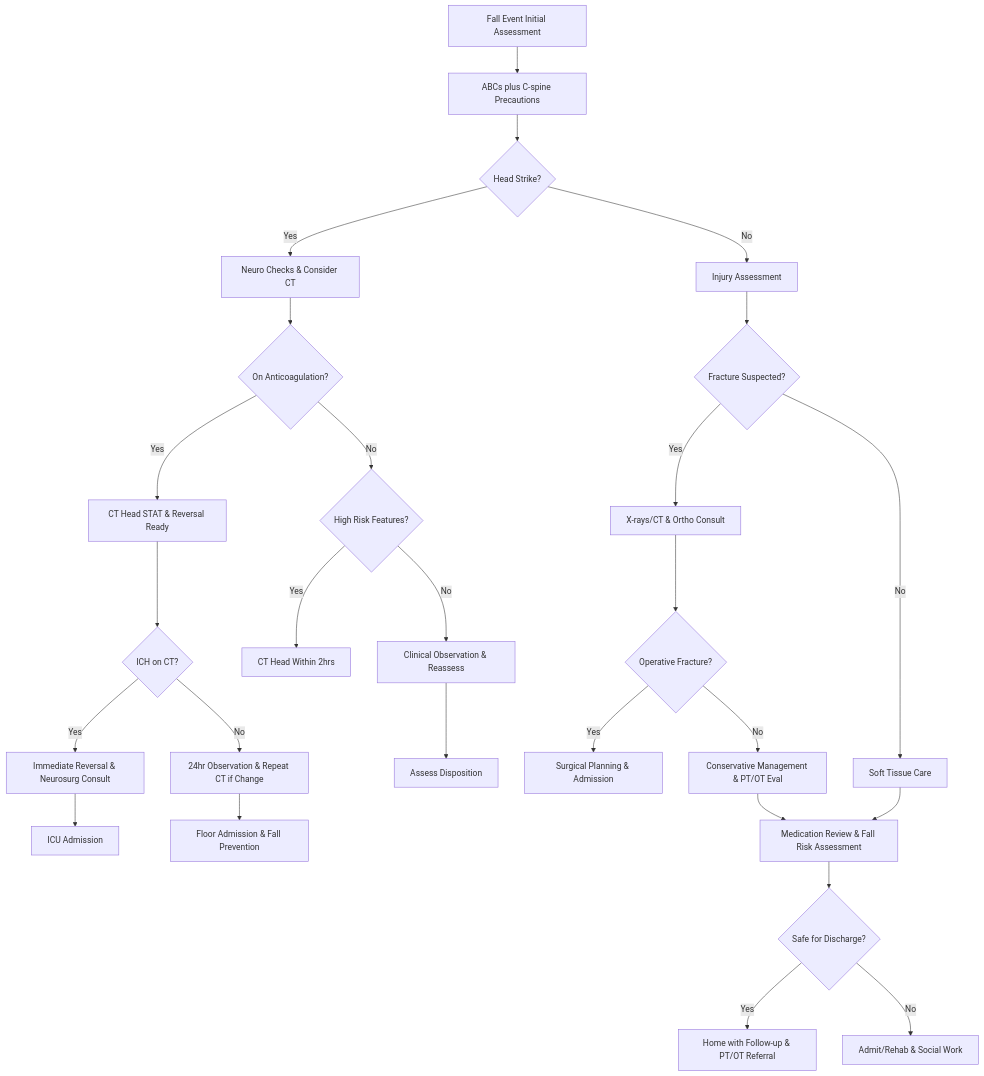
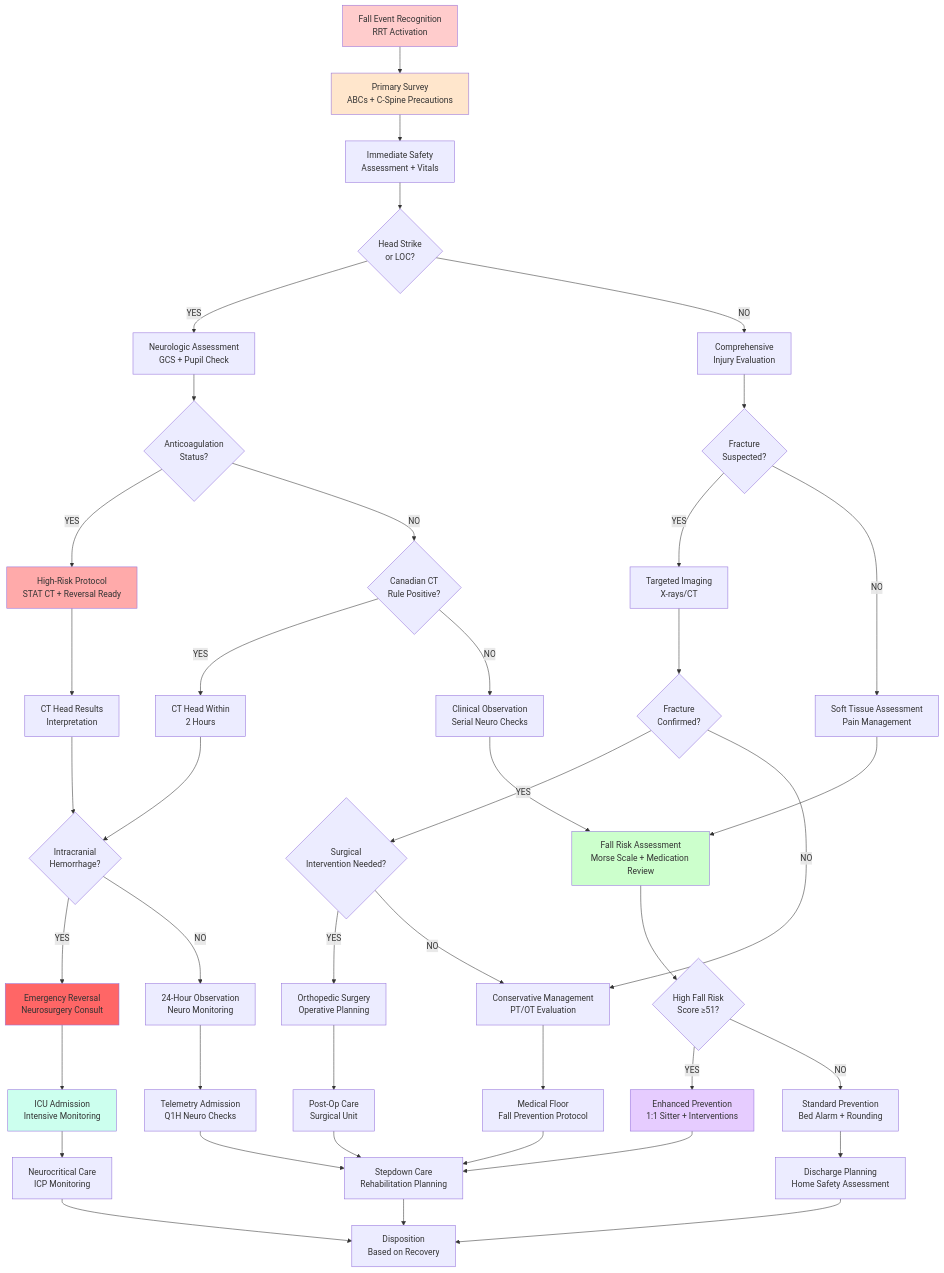
The diagram in Assets/RapidResponseCentralDocumentationVault/Protocols/RRTs/Falls.md (bhavenmurji/RapidResponseCentral), drawn with Mermaid before and after one commit. The commit also changed other lines of this file and 6438 other files, not shown here.

````diff
--- a/Assets/RapidResponseCentralDocumentationVault/Protocols/RRTs/Falls.md
+++ b/Assets/RapidResponseCentralDocumentationVault/Protocols/RRTs/Falls.md
@@ -112,56 +12,69 @@
-```mermaid
+~~~mermaid
 graph TD
-    A[Fall Event Initial Assessment]
-    B[ABCs plus C-spine Precautions]
-    C{Head Strike?}
-    D[Neuro Checks & Consider CT]
-    E[Injury Assessment]
-    F{On Anticoagulation?}
-    G[CT Head STAT & Reversal Ready]
-    H{High Risk Features?}
-    I{ICH on CT?}
-    J[Immediate Reversal & Neurosurg Consult]
-    K[24hr Observation & Repeat CT if Change]
-    L[CT Head Within 2hrs]
-    M[Clinical Observation & Reassess]
-    N{Fracture Suspected?}
-    O[X-rays/CT & Ortho Consult]
-    P[Soft Tissue Care]
-    Q{Operative Fracture?}
-    R[Surgical Planning & Admission]
-    S[Conservative Management & PT/OT Eval]
-    T[ICU Admission]
-    U[Floor Admission & Fall Prevention]
-    V[Assess Disposition]
-    W[Medication Review & Fall Risk Assessment]
-    X{Safe for Discharge?}
-    Y[Home with Follow-up & PT/OT Referral]
-    Z[Admit/Rehab & Social Work]
-
-    A --> B
-    B --> C
-    C -- Yes --> D
-    C -- No --> E
-    D --> F
-    F -- Yes --> G
-    F -- No --> H
-    G --> I
-    I -- Yes --> J
-    I -- No --> K
-    H -- Yes --> L
-    H -- No --> M
-    E --> N
-    N -- Yes --> O
-    N -- No --> P
+    A["Fall Event Recognition<br/>RRT Activation"] --> B["Primary Survey<br/>ABCs + C-Spine Precautions"]
+    
+    B --> C["Immediate Safety<br/>Assessment + Vitals"]
+    
+    C --> D{"Head Strike<br/>or LOC?"}
+    
+    D -->|YES| E["Neurologic Assessment<br/>GCS + Pupil Check"]
+    D -->|NO| F["Comprehensive<br/>Injury Evaluation"]
+    
+    E --> G{"Anticoagulation<br/>Status?"}
+    F --> H{"Fracture<br/>Suspected?"}
+    
+    G -->|YES| I["High-Risk Protocol<br/>STAT CT + Reversal Ready"]
+    G -->|NO| J{"Canadian CT<br/>Rule Positive?"}
+    
+    H -->|YES| K["Targeted Imaging<br/>X-rays/CT"]
+    H -->|NO| L["Soft Tissue Assessment<br/>Pain Management"]
+    
+    I --> M["CT Head Results<br/>Interpretation"]
+    J -->|YES| N["CT Head Within<br/>2 Hours"]
+    J -->|NO| O["Clinical Observation<br/>Serial Neuro Checks"]
+    
+    K --> P{"Fracture<br/>Confirmed?"}
+    L --> Q["Fall Risk Assessment<br/>Morse Scale + Medication Review"]
+    
+    M --> R{"Intracranial<br/>Hemorrhage?"}
+    N --> R
     O --> Q
-    Q -- Yes --> R
-    Q -- No --> S
-    J --> T
-    K --> U
-    M --> V
-    P --> W
-    S --> W
-    W --> X
-    X -- Yes --> Y
-    X -- No --> Z
-```
+    
+    P -->|YES| S{"Surgical<br/>Intervention Needed?"}
+    P -->|NO| T["Conservative Management<br/>PT/OT Evaluation"]
+    
+    R -->|YES| U["Emergency Reversal<br/>Neurosurgery Consult"]
+    R -->|NO| V["24-Hour Observation<br/>Neuro Monitoring"]
+    
+    S -->|YES| W["Orthopedic Surgery<br/>Operative Planning"]
+    S -->|NO| T
+    
+    Q --> X{"High Fall Risk<br/>Score ≥51?"}
+    
+    U --> Y["ICU Admission<br/>Intensive Monitoring"]
+    V --> Z["Telemetry Admission<br/>Q1H Neuro Checks"]
+    W --> AA["Post-Op Care<br/>Surgical Unit"]
+    T --> BB["Medical Floor<br/>Fall Prevention Protocol"]
+    
+    X -->|YES| CC["Enhanced Prevention<br/>1:1 Sitter + Interventions"]
+    X -->|NO| DD["Standard Prevention<br/>Bed Alarm + Rounding"]
+    
+    Y --> EE["Neurocritical Care<br/>ICP Monitoring"]
+    Z --> FF["Stepdown Care<br/>Rehabilitation Planning"]
+    AA --> FF
+    BB --> FF
+    CC --> FF
+    DD --> GG["Discharge Planning<br/>Home Safety Assessment"]
+    
+    FF --> HH["Disposition<br/>Based on Recovery"]
+    GG --> HH
+    EE --> HH
+    
+    style A fill:#ffcccc
+    style B fill:#ffe6cc
+    style I fill:#ffaaaa
+    style U fill:#ff6666
+    style Q fill:#ccffcc
+    style CC fill:#e6ccff
+    style Y fill:#ccffee
+~~~
````
